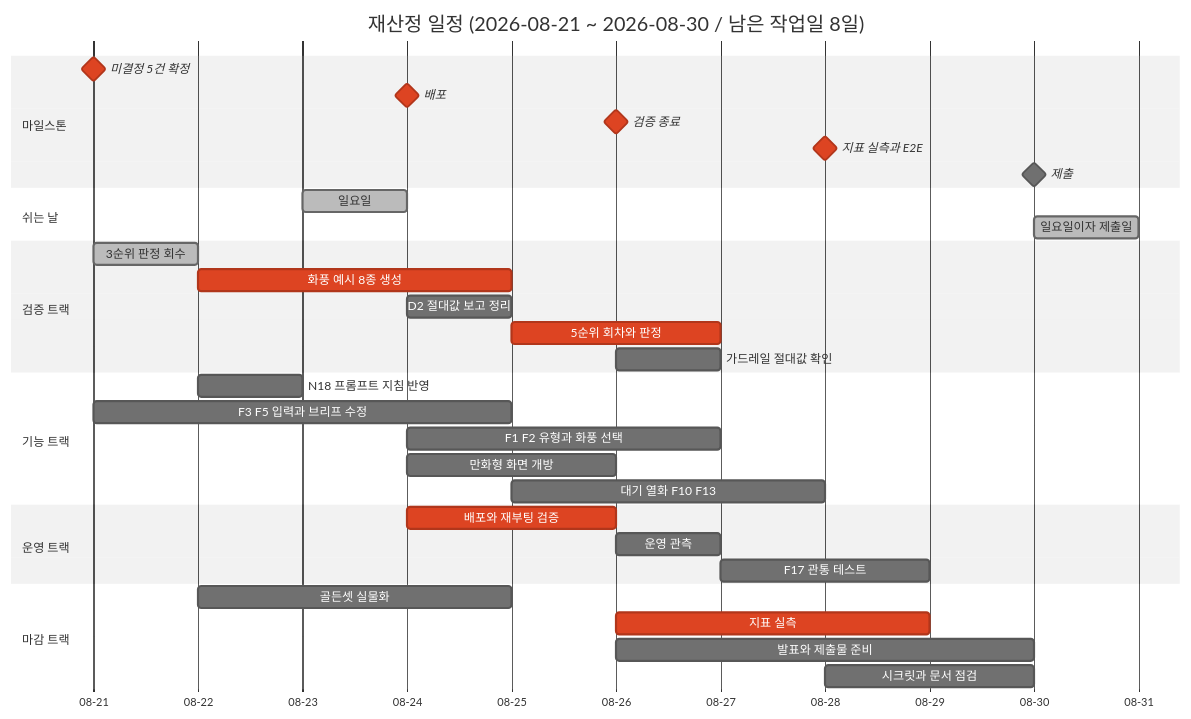
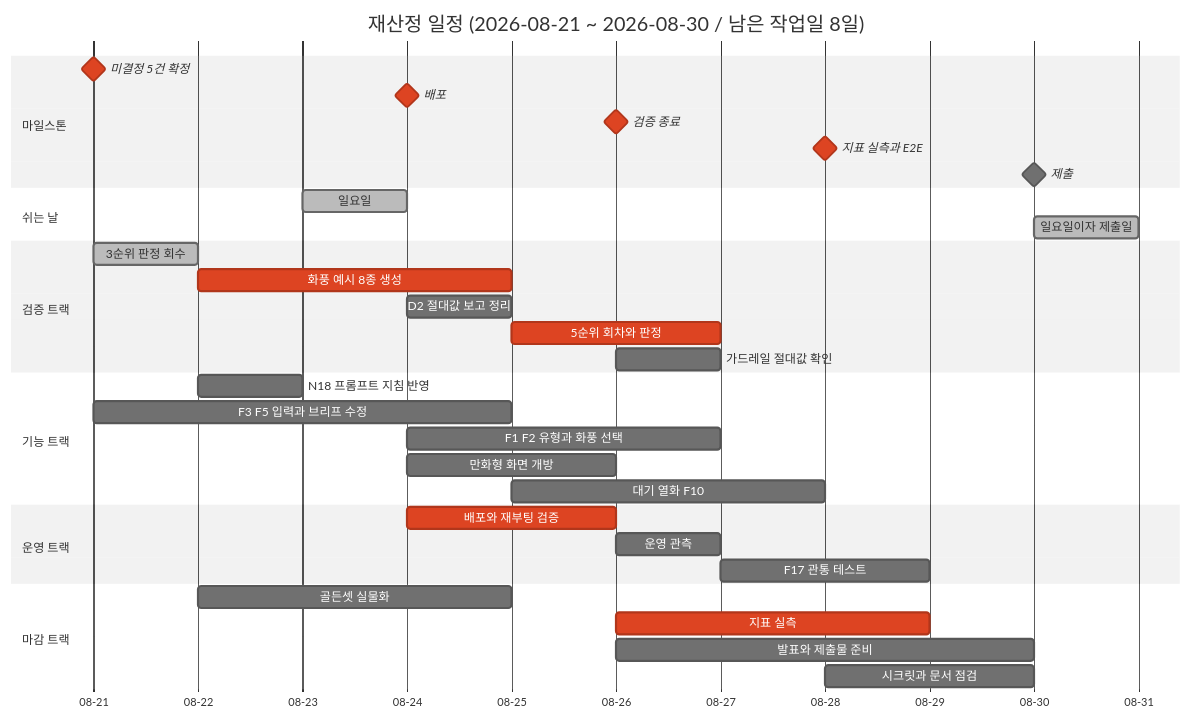
The first of 2 diagrams in docs/역할_일정/00-overall.md (Codeit-AI10-Part4-3Team/AI10-Part4-3Team-Advanced-Project), drawn with Mermaid (neutral theme) before and after one commit. The commit also changed other lines of this file and 3 other files, not shown here.

````diff
--- a/docs/역할_일정/00-overall.md
+++ b/docs/역할_일정/00-overall.md
@@ -120,42 +120,42 @@
 ```mermaid
 gantt
     title 재산정 일정 (2026-08-21 ~ 2026-08-30 / 남은 작업일 8일)
     dateFormat YYYY-MM-DD
     axisFormat %m-%d
 
     section 마일스톤
     미결정 5건 확정 :crit, milestone, m1, 2026-08-21, 0d
     배포                :crit, milestone, m2, 2026-08-24, 0d
     검증 종료            :crit, milestone, m3, 2026-08-26, 0d
     지표 실측과 E2E      :crit, milestone, m4, 2026-08-28, 0d
     제출                :milestone, m5, 2026-08-30, 0d
 
     section 쉬는 날
     일요일               :done, off1, 2026-08-23, 1d
     일요일이자 제출일      :done, off2, 2026-08-30, 1d
 
     section 검증 트랙
     3순위 판정 회수       :done, v1, 2026-08-21, 1d
     화풍 예시 8종 생성    :crit, v2, 2026-08-22, 3d
     D2 절대값 보고 정리   :v3, 2026-08-24, 1d
     5순위 회차와 판정     :crit, v4, 2026-08-25, 2d
     가드레일 절대값 확인   :v5, 2026-08-26, 1d
 
     section 기능 트랙
     N18 프롬프트 지침 반영 :f1, 2026-08-22, 1d
     F3 F5 입력과 브리프 수정 :f2, 2026-08-21, 4d
     F1 F2 유형과 화풍 선택 :f3, 2026-08-24, 3d
     만화형 화면 개방      :f4, 2026-08-24, 2d
-    대기 열화 F10 F13    :f5, 2026-08-25, 3d
+    대기 열화 F10        :f5, 2026-08-25, 3d
 
     section 운영 트랙
     배포와 재부팅 검증    :crit, o1, 2026-08-24, 2d
     운영 관측            :o2, 2026-08-26, 1d
     F17 관통 테스트      :o3, 2026-08-27, 2d
 
     section 마감 트랙
     골든셋 실물화        :q1, 2026-08-22, 3d
     지표 실측           :crit, q2, 2026-08-26, 3d
     발표와 제출물 준비    :q3, 2026-08-26, 4d
     시크릿과 문서 점검    :q4, 2026-08-28, 2d
 ```
````
